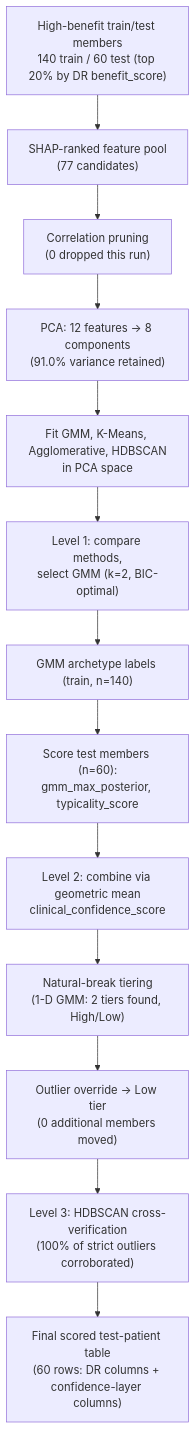
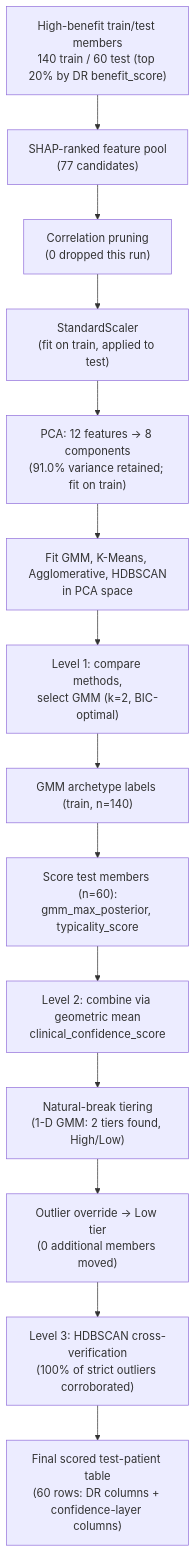
The diagram in PRISM_BEST_Confidence_Readme.md (ndesai777777/prism_repo), drawn with Mermaid before and after one commit. The commit also changed other lines of this file and 19 other files, not shown here.

````diff
--- a/PRISM_BEST_Confidence_Readme.md
+++ b/PRISM_BEST_Confidence_Readme.md
@@ -137,15 +168,16 @@
 ```mermaid
 flowchart TD
     A["High-benefit train/test members<br/>140 train / 60 test (top 20% by DR benefit_score)"] --> B["SHAP-ranked feature pool<br/>(77 candidates)"]
     B --> C["Correlation pruning<br/>(0 dropped this run)"]
-    C --> D["PCA: 12 features -> 8 components<br/>(91.0% variance retained)"]
+    C --> C2["StandardScaler<br/>(fit on train, applied to test)"]
+    C2 --> D["PCA: 12 features -> 8 components<br/>(91.0% variance retained; fit on train)"]
     D --> E["Fit GMM, K-Means, Agglomerative, HDBSCAN<br/>in PCA space"]
     E --> F["Level 1: compare methods,<br/>select GMM (k=2, BIC-optimal)"]
     F --> G["GMM archetype labels (train, n=140)"]
     G --> H["Score test members (n=60):<br/>gmm_max_posterior, typicality_score"]
     H --> I["Level 2: combine via geometric mean<br/>clinical_confidence_score"]
     I --> J["Natural-break tiering<br/>(1-D GMM: 2 tiers found, High/Low)"]
     J --> K["Outlier override -> Low tier<br/>(0 additional members moved)"]
     K --> L["Level 3: HDBSCAN cross-verification<br/>(100% of strict outliers corroborated)"]
     L --> M["Final scored test-patient table<br/>(60 rows: DR columns + confidence-layer columns)"]
 ```
````
